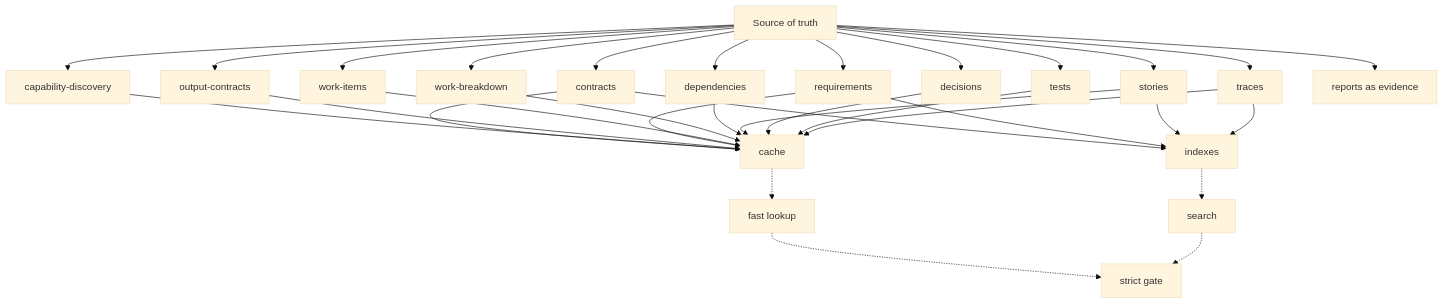
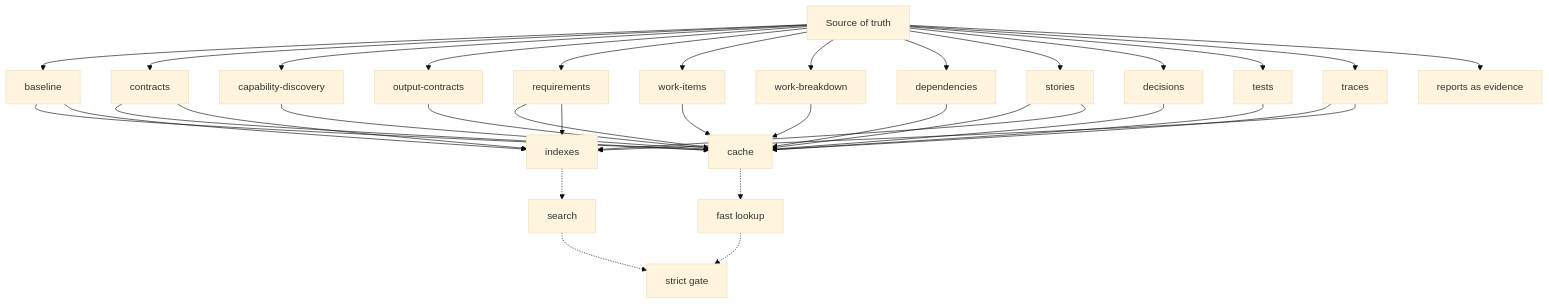
Before and after one commit to aantenore/agentic-sdlc-codex-plugin: the first of 2 diagrams in docs/kb-structure.md, drawn with Mermaid (base theme). The commit also changed other lines of this file and 10 other files, not shown here.

````diff
--- a/docs/kb-structure.md
+++ b/docs/kb-structure.md
@@ -44,38 +45,41 @@
 ```mermaid
 flowchart TB
   Source["Source of truth"]
+  Source --> Baseline["baseline"]
   Source --> Contracts["contracts"]
   Source --> Capabilities["capability-discovery"]
   Source --> OutputContracts["output-contracts"]
   Source --> Requirements["requirements"]
   Source --> WorkItems["work-items"]
   Source --> Breakdown["work-breakdown"]
   Source --> Dependencies["dependencies"]
   Source --> Stories["stories"]
   Source --> Decisions["decisions"]
   Source --> Tests["tests"]
   Source --> Traces["traces"]
   Source --> Reports["reports as evidence"]
 
-  Contracts --> Cache["cache"]
+  Baseline --> Cache["cache"]
+  Contracts --> Cache
   Capabilities --> Cache
   OutputContracts --> Cache
   Requirements --> Cache
   WorkItems --> Cache
   Breakdown --> Cache
   Dependencies --> Cache
   Stories --> Cache
   Decisions --> Cache
   Tests --> Cache
   Traces --> Cache
 
-  Contracts --> Indexes["indexes"]
+  Baseline --> Indexes["indexes"]
+  Contracts --> Indexes
   Requirements --> Indexes
   Stories --> Indexes
   Traces --> Indexes
 
   Cache -.-> FastLookup["fast lookup"]
   Indexes -.-> Search["search"]
   FastLookup -.-> Gate["strict gate"]
   Search -.-> Gate
 ```
````
